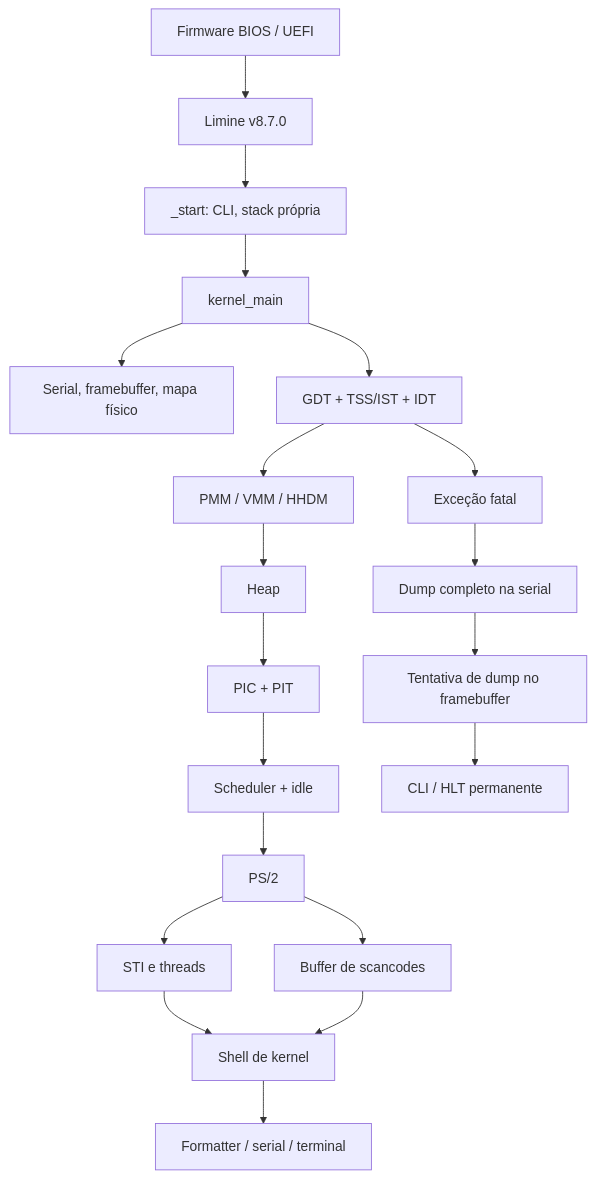
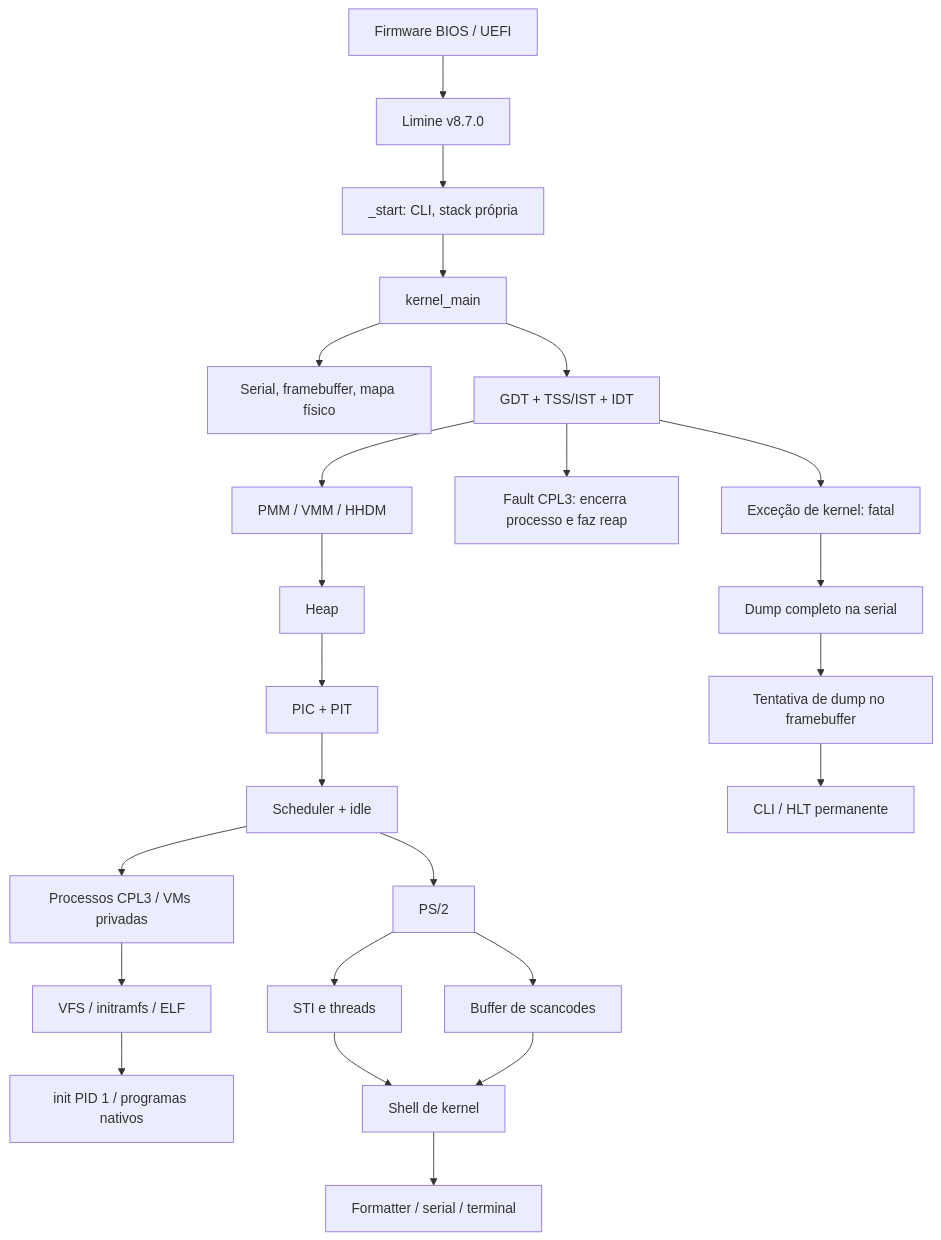
The diagram in docs/architecture.md (zaureliu/UtamoOS), drawn with Mermaid before and after one commit. The commit also changed other lines of this file and 12 other files, not shown here.

````diff
--- a/docs/architecture.md
+++ b/docs/architecture.md
@@ -9,22 +11,26 @@
 ```mermaid
 flowchart TD
     firmware[Firmware BIOS / UEFI] --> limine[Limine v8.7.0]
     limine --> entry[_start: CLI, stack própria]
     entry --> main[kernel_main]
     main --> boot[Serial, framebuffer, mapa físico]
     main --> desc[GDT + TSS/IST + IDT]
     desc --> memory[PMM / VMM / HHDM]
     memory --> heap[Heap]
     heap --> irq[PIC + PIT]
     irq --> scheduler[Scheduler + idle]
+    scheduler --> process[Processos CPL3 / VMs privadas]
+    process --> fs[VFS / initramfs / ELF]
+    fs --> init[init PID 1 / programas nativos]
     scheduler --> keyboard[PS/2]
     keyboard --> loop[STI e threads]
     loop --> shell[Shell de kernel]
     shell --> out[Formatter / serial / terminal]
     keyboard --> input[Buffer de scancodes]
     input --> shell
-    desc --> fault[Exceção fatal]
+    desc --> userfault[Fault CPL3: encerra processo e faz reap]
+    desc --> fault[Exceção de kernel: fatal]
     fault --> serial[Dump completo na serial]
     serial --> display[Tentativa de dump no framebuffer]
     display --> stop[CLI / HLT permanente]
 ```
````
